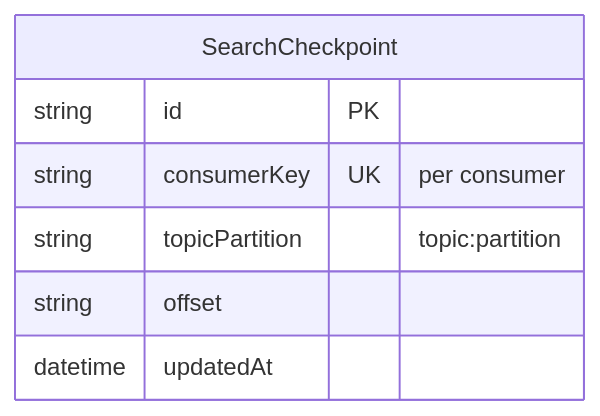
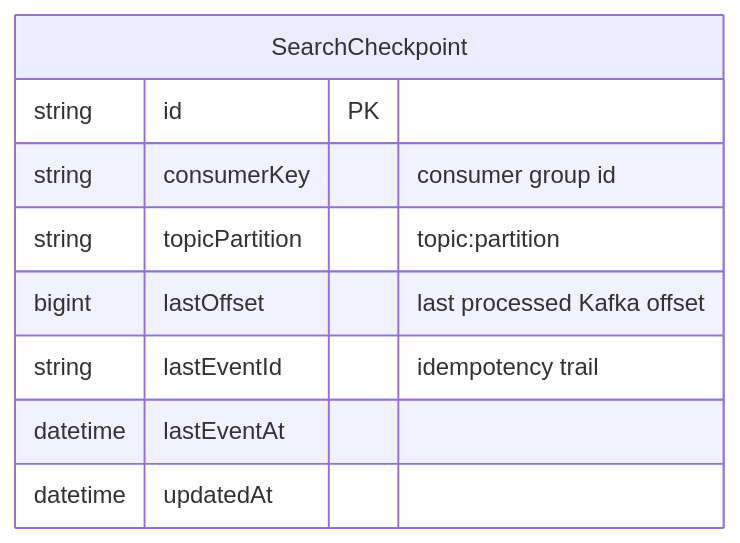
One commit to jdc-projects/xitter changed the fifth of 5 diagrams in docs/specs/data/01-storage-model.md. Above: the diagram before and after it, drawn with Mermaid. The commit also changed other lines of this file and 18 other files, not shown here.

````diff
--- a/docs/specs/data/01-storage-model.md
+++ b/docs/specs/data/01-storage-model.md
@@ -122,10 +122,12 @@
 ```mermaid
 erDiagram
     SearchCheckpoint {
         string id PK
-        string consumerKey UK "per consumer"
+        string consumerKey "consumer group id"
         string topicPartition "topic:partition"
-        string offset
+        bigint lastOffset "last processed Kafka offset"
+        string lastEventId "idempotency trail"
+        datetime lastEventAt
         datetime updatedAt
     }
 ```
````
